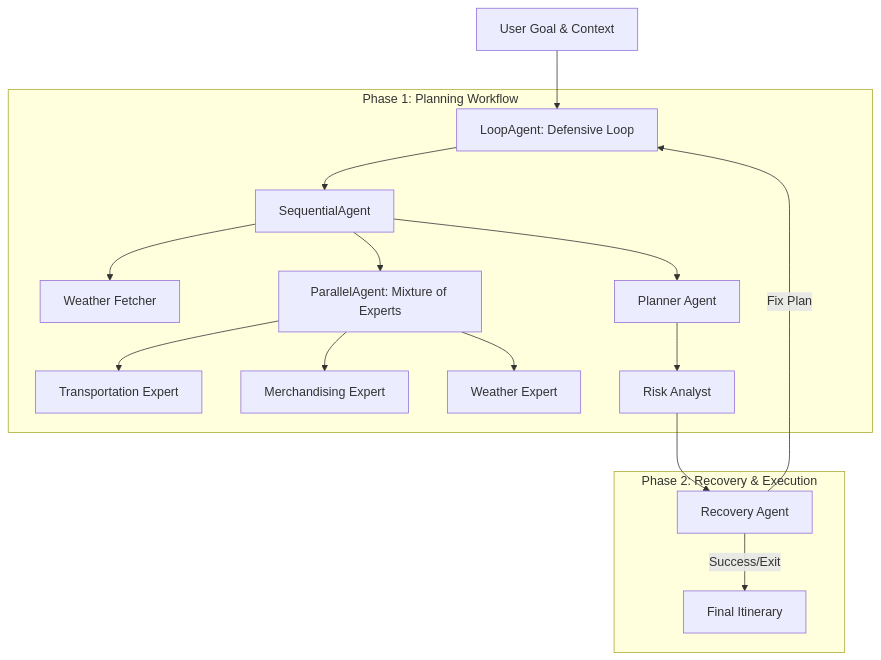
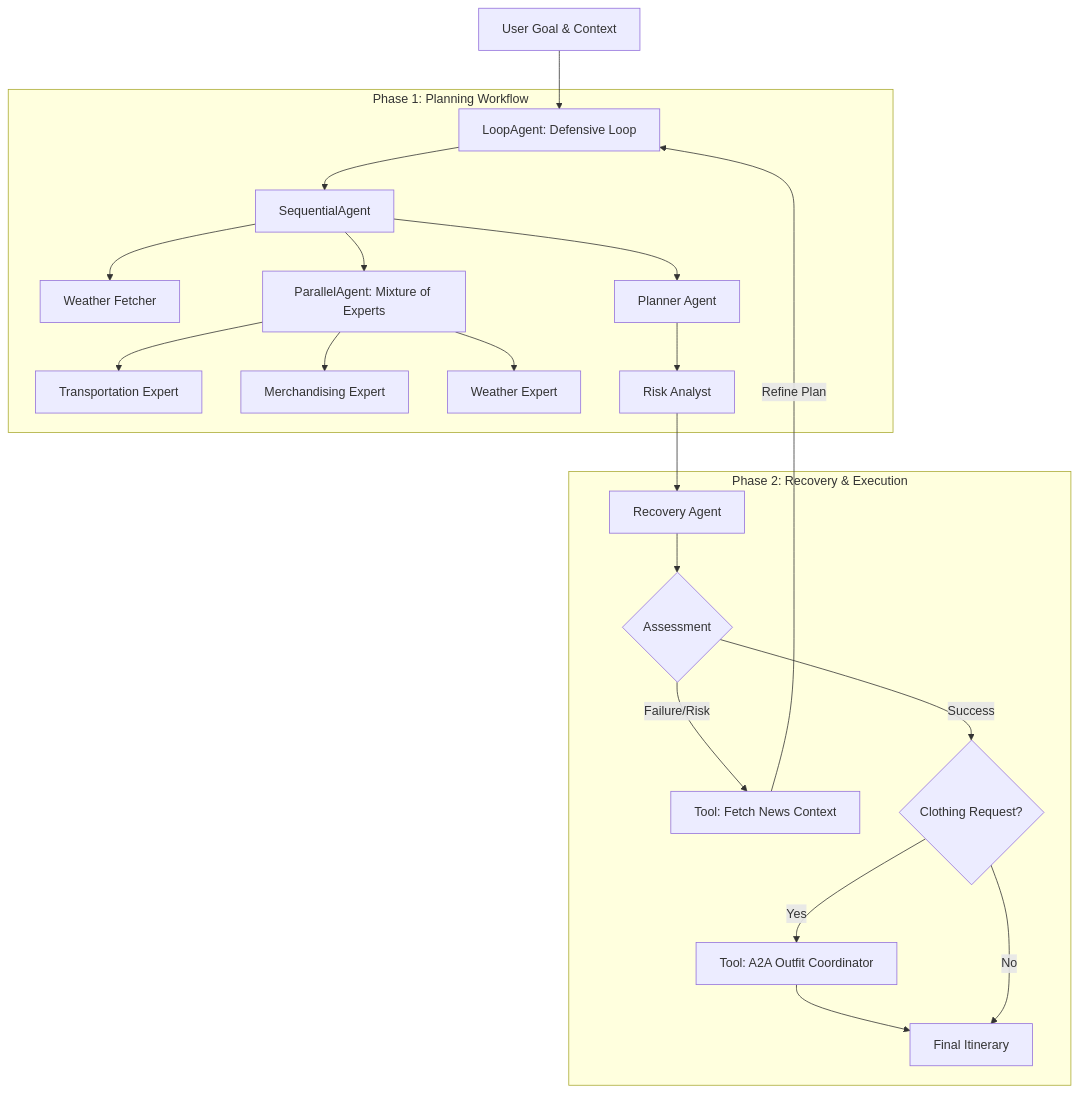
The diagram in README.md (osmirnov/breddy), drawn with Mermaid before and after one commit.

````diff
--- a/README.md
+++ b/README.md
@@ -28,21 +28,28 @@
 ```mermaid
 graph TD
     User[User Goal & Context] --> Loop[LoopAgent: Defensive Loop]
     
     subgraph "Phase 1: Planning Workflow"
         Loop --> Seq[SequentialAgent]
         Seq --> Weather[Weather Fetcher]
         Seq --> MoE[ParallelAgent: Mixture of Experts]
         MoE --> Trans[Transportation Expert]
         MoE --> Merch[Merchandising Expert]
         MoE --> WeathExp[Weather Expert]
         Seq --> Plan[Planner Agent]
         Plan --> Risk[Risk Analyst]
     end
     
     subgraph "Phase 2: Recovery & Execution"
         Risk --> Recovery[Recovery Agent]
-        Recovery -->|Fix Plan| Loop
-        Recovery -->|Success/Exit| Final[Final Itinerary]
+        Recovery --> Decision{Assessment}
+        
+        Decision -->|Failure/Risk| News[Tool: Fetch News Context]
+        News -->|Refine Plan| Loop
+        
+        Decision -->|Success| Clothing{Clothing Request?}
+        Clothing -->|Yes| A2A[Tool: A2A Outfit Coordinator]
+        A2A --> Final[Final Itinerary]
+        Clothing -->|No| Final
     end
 ```
````
